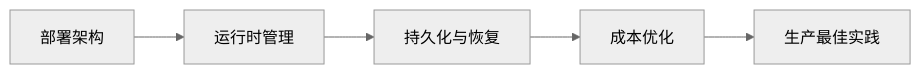
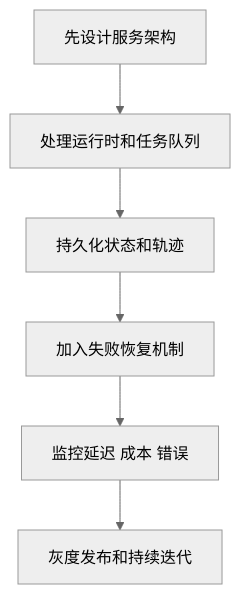
One commit to oudbiao/AI-fullstack-course changed the second of 3 diagrams in docs/stage9/ch09-deployment/00-roadmap.md. Above: the diagram before and after it, drawn with Mermaid (neutral theme). The commit also changed other lines of this file and 95 other files, not shown here.

````diff
--- a/docs/stage9/ch09-deployment/00-roadmap.md
+++ b/docs/stage9/ch09-deployment/00-roadmap.md
@@ -16,7 +43,8 @@
 ```mermaid
-flowchart LR
-    A["部署架构"] --> B["运行时管理"]
-    B --> C["持久化与恢复"]
-    C --> D["成本优化"]
-    D --> E["生产最佳实践"]
+flowchart TD
+  A[先设计服务架构] --> B[处理运行时和任务队列]
+  B --> C[持久化状态和轨迹]
+  C --> D[加入失败恢复机制]
+  D --> E[监控延迟 成本 错误]
+  E --> F[灰度发布和持续迭代]
 ```
````
